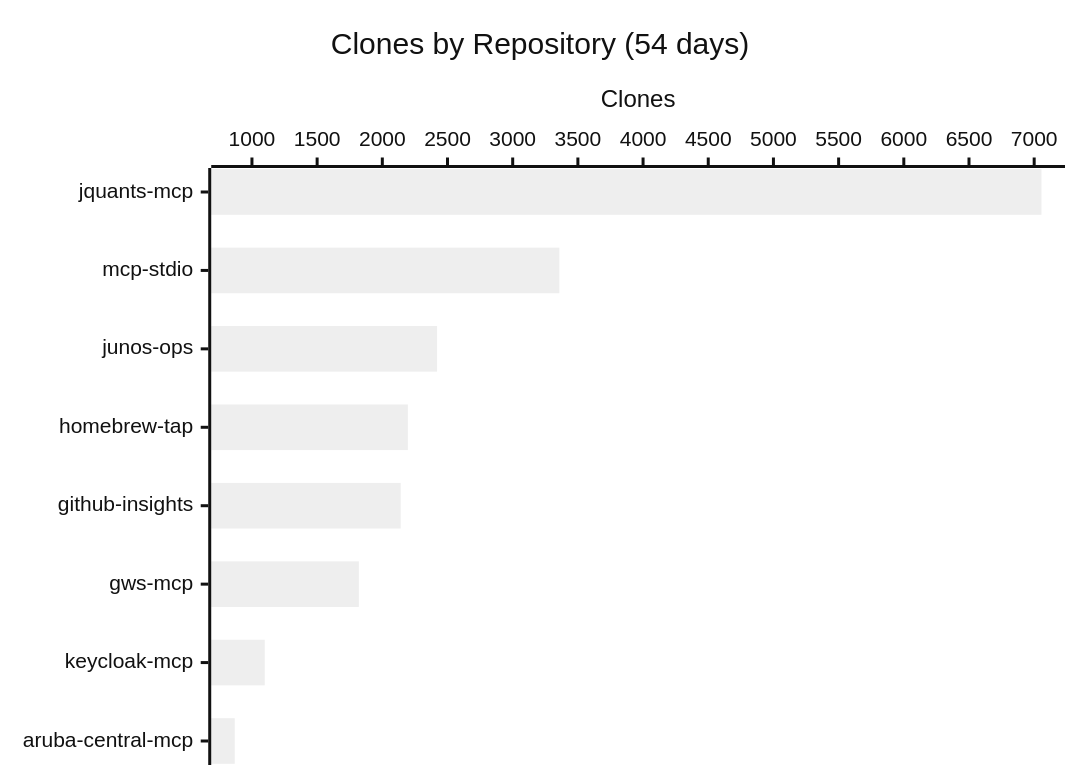
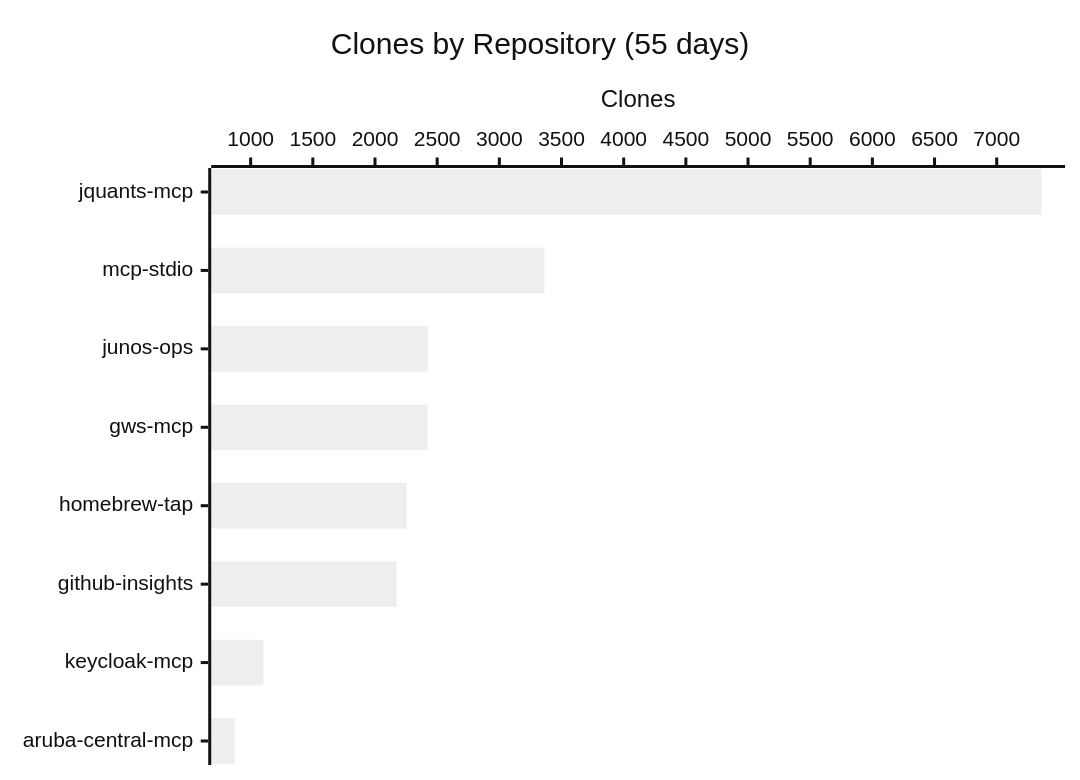
One commit to shigechika/github-insights changed the third of 3 diagrams in README.md. Above: the diagram before and after it, drawn with Mermaid (neutral theme). The commit also changed other lines of this file and 2 other files, not shown here.

````diff
--- a/README.md
+++ b/README.md
@@ -38,7 +38,7 @@
 ```mermaid
 xychart-beta horizontal
-    title "Clones by Repository (54 days)"
-    x-axis ["jquants-mcp", "mcp-stdio", "junos-ops", "homebrew-tap", "github-insights", "gws-mcp", "keycloak-mcp", "aruba-central-mcp"]
+    title "Clones by Repository (55 days)"
+    x-axis ["jquants-mcp", "mcp-stdio", "junos-ops", "gws-mcp", "homebrew-tap", "github-insights", "keycloak-mcp", "aruba-central-mcp"]
     y-axis "Clones"
-    bar [7056, 3358, 2420, 2196, 2141, 1820, 1098, 868]
+    bar [7360, 3363, 2427, 2423, 2254, 2174, 1103, 872]
 ```
````
